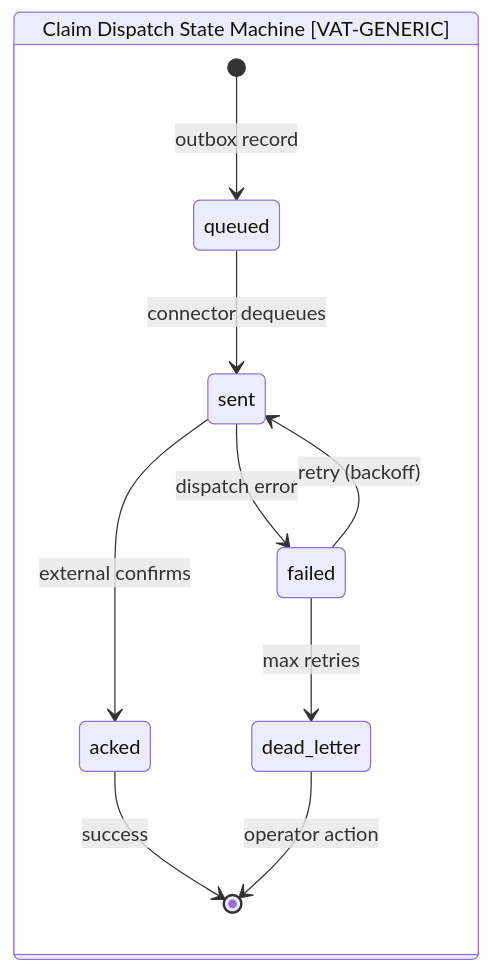
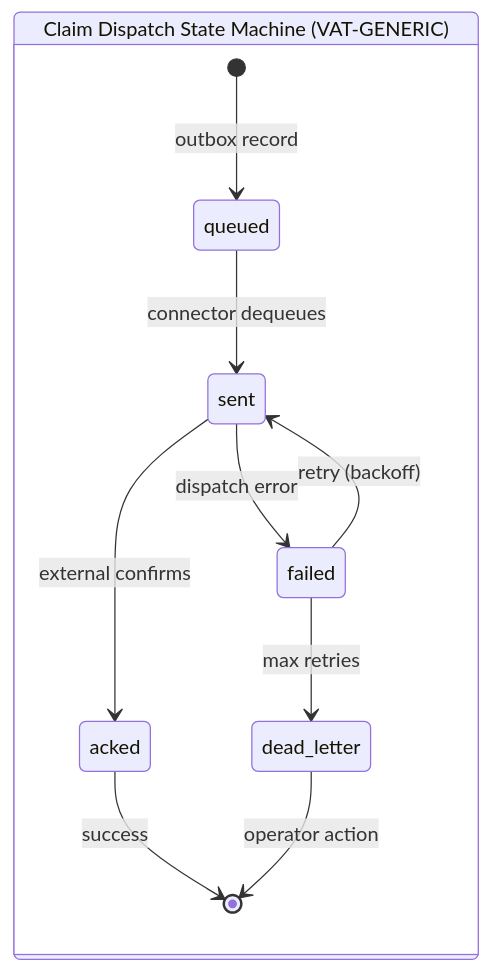
Diagram 12 of 14 in design/01-vat-filing-assessment-solution-design.md (nc-tbi/VATRI-Codex), drawn with Mermaid before and after one commit. The commit also changed other lines of this file and 14 other files, not shown here.

Commit message:
Harden Mermaid and rebuild formal drawio architecture diagrams

````diff
--- a/design/01-vat-filing-assessment-solution-design.md
+++ b/design/01-vat-filing-assessment-solution-design.md
@@ -513,13 +519,13 @@
 ```mermaid
 stateDiagram-v2
-    state "Claim Dispatch State Machine [VAT-GENERIC]" as CSM {
+    state "Claim Dispatch State Machine (VAT-GENERIC)" as CSM {
         [*] --> queued : outbox record
         queued --> sent : connector dequeues
         sent --> acked : external confirms
         sent --> failed : dispatch error
         failed --> sent : retry (backoff)
         failed --> dead_letter : max retries
         acked --> [*] : success
         dead_letter --> [*] : operator action
     }
 ```
````
